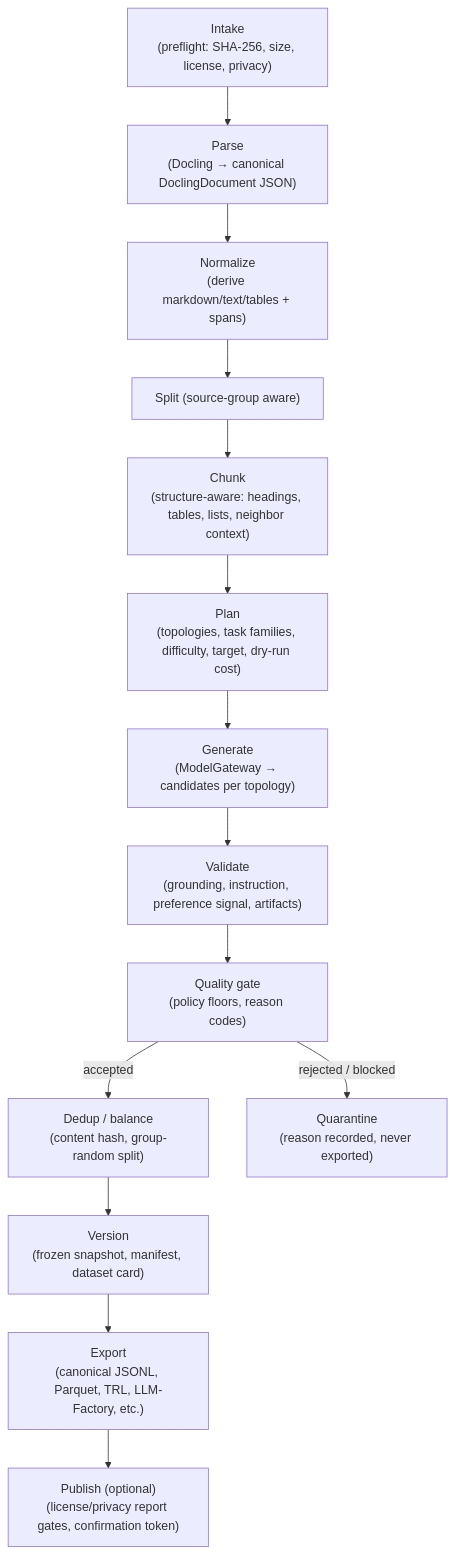
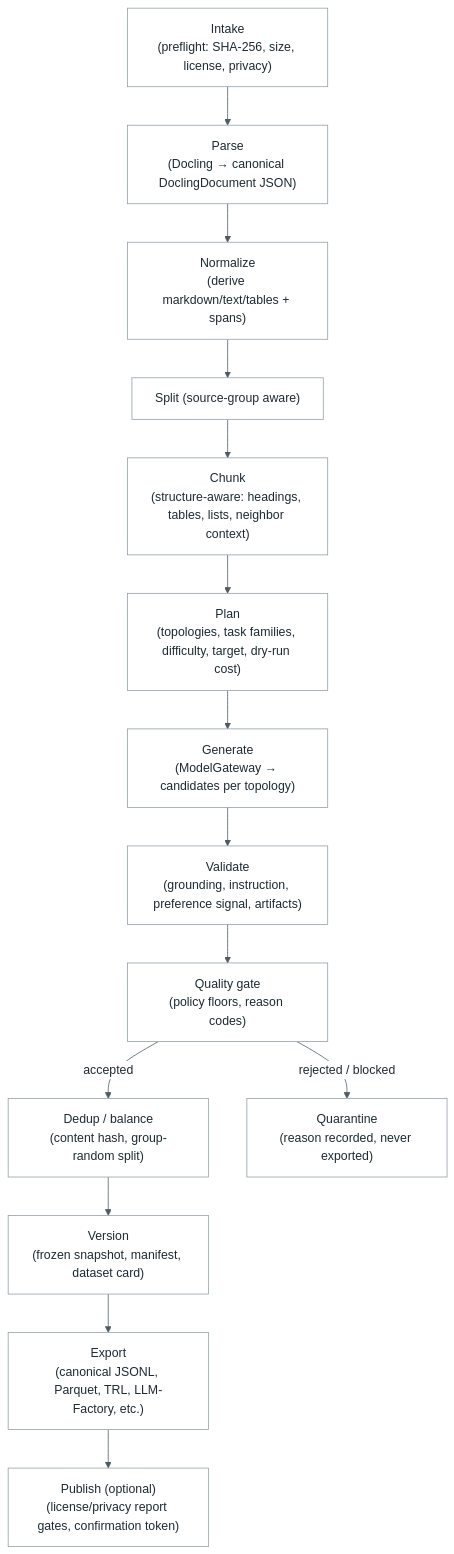
Before and after one commit to waalwalker1/knovaryn: the diagram in docs/architecture/diagram.md, drawn with Mermaid. The commit also changed other lines of this file and 193 other files, not shown here.

````diff
--- a/docs/architecture/diagram.md
+++ b/docs/architecture/diagram.md
@@ -8,16 +15,17 @@
 ```mermaid
+%%{init: {"theme": "base", "themeVariables": {"primaryColor": "#ffffff", "primaryBorderColor": "#909ea6", "primaryTextColor": "#1c2b33", "lineColor": "#4c5b61", "clusterBkg": "#f7f6f2", "clusterBorder": "#d3dadd", "fontFamily": "-apple-system, BlinkMacSystemFont, Segoe UI, sans-serif"}}}%%
 flowchart TD
     A["Intake<br/>(preflight: SHA-256, size, license, privacy)"] --> B["Parse<br/>(Docling → canonical DoclingDocument JSON)"]
     B --> C["Normalize<br/>(derive markdown/text/tables + spans)"]
     C --> D["Split (source-group aware)"]
     D --> E["Chunk<br/>(structure-aware: headings, tables, lists, neighbor context)"]
     E --> F["Plan<br/>(topologies, task families, difficulty, target, dry-run cost)"]
     F --> G["Generate<br/>(ModelGateway → candidates per topology)"]
     G --> H["Validate<br/>(grounding, instruction, preference signal, artifacts)"]
     H --> I["Quality gate<br/>(policy floors, reason codes)"]
     I -->|"accepted"| J["Dedup / balance<br/>(content hash, group-random split)"]
     I -->|"rejected / blocked"| Q["Quarantine<br/>(reason recorded, never exported)"]
     J --> K["Version<br/>(frozen snapshot, manifest, dataset card)"]
     K --> L["Export<br/>(canonical JSONL, Parquet, TRL, LLM-Factory, etc.)"]
     L --> M["Publish (optional)<br/>(license/privacy report gates, confirmation token)"]
 ```
````
